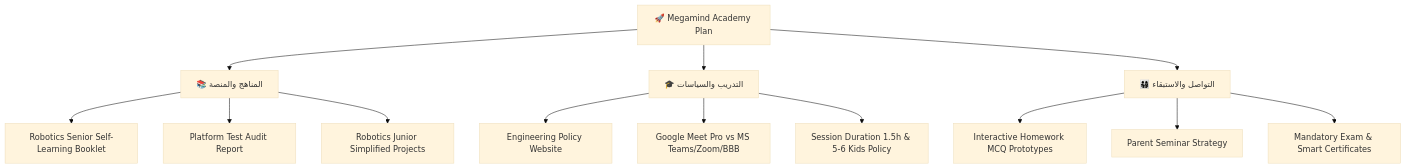
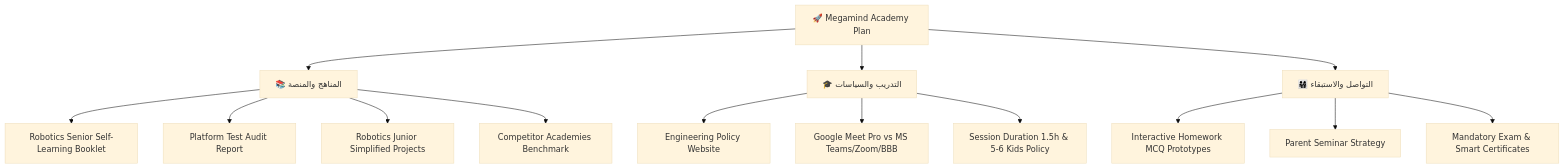
The diagram in README.md (megamindAccademy/overview), drawn with Mermaid (base theme) before and after one commit. The commit also changed other lines of this file and 2 other files, not shown here.

Commit message:
Add Task #19 and academies-comparison.html benchmarking Megaminds Academy vs 3C School vs iSchool

````diff
--- a/README.md
+++ b/README.md
@@ -70,18 +71,19 @@
 ```mermaid
 flowchart TD
     A["🚀 Megamind Academy Plan"] --> B["📚 المناهج والمنصة"]
     A --> C["🎓 التدريب والسياسات"]
     A --> D["👨‍👩‍👧‍👦 التواصل والاستبقاء"]
     
     B --> B1["Robotics Senior Self-Learning Booklet"]
     B --> B2["Platform Test Audit Report"]
     B --> B3["Robotics Junior Simplified Projects"]
+    B --> B4["Competitor Academies Benchmark"]
     
     C --> C1["Engineering Policy Website"]
     C --> C2["Google Meet Pro vs MS Teams/Zoom/BBB"]
     C --> C3["Session Duration 1.5h & 5-6 Kids Policy"]
     
     D --> D1["Interactive Homework MCQ Prototypes"]
     D --> D2["Parent Seminar Strategy"]
     D --> D3["Mandatory Exam & Smart Certificates"]
 ```
````
